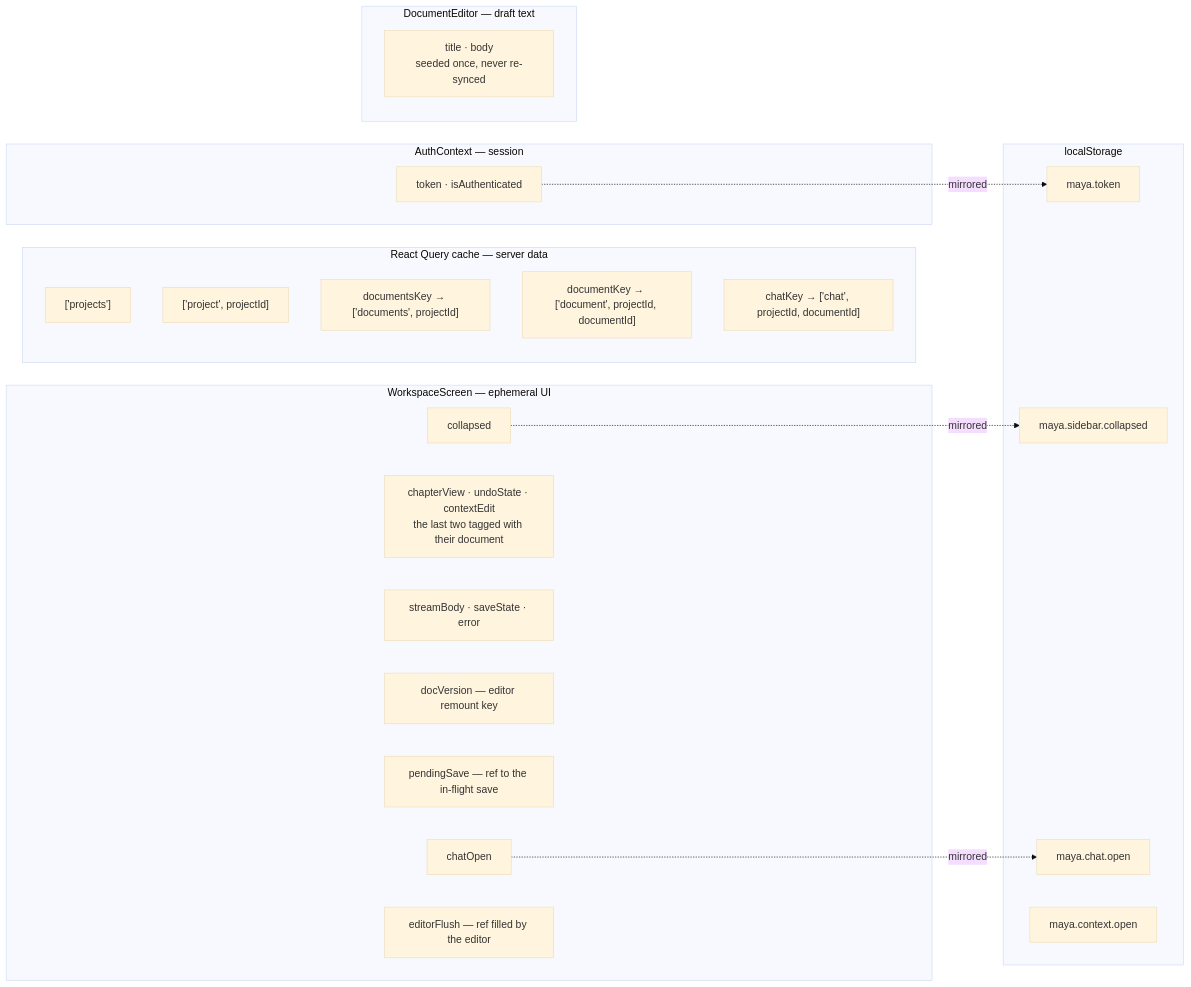
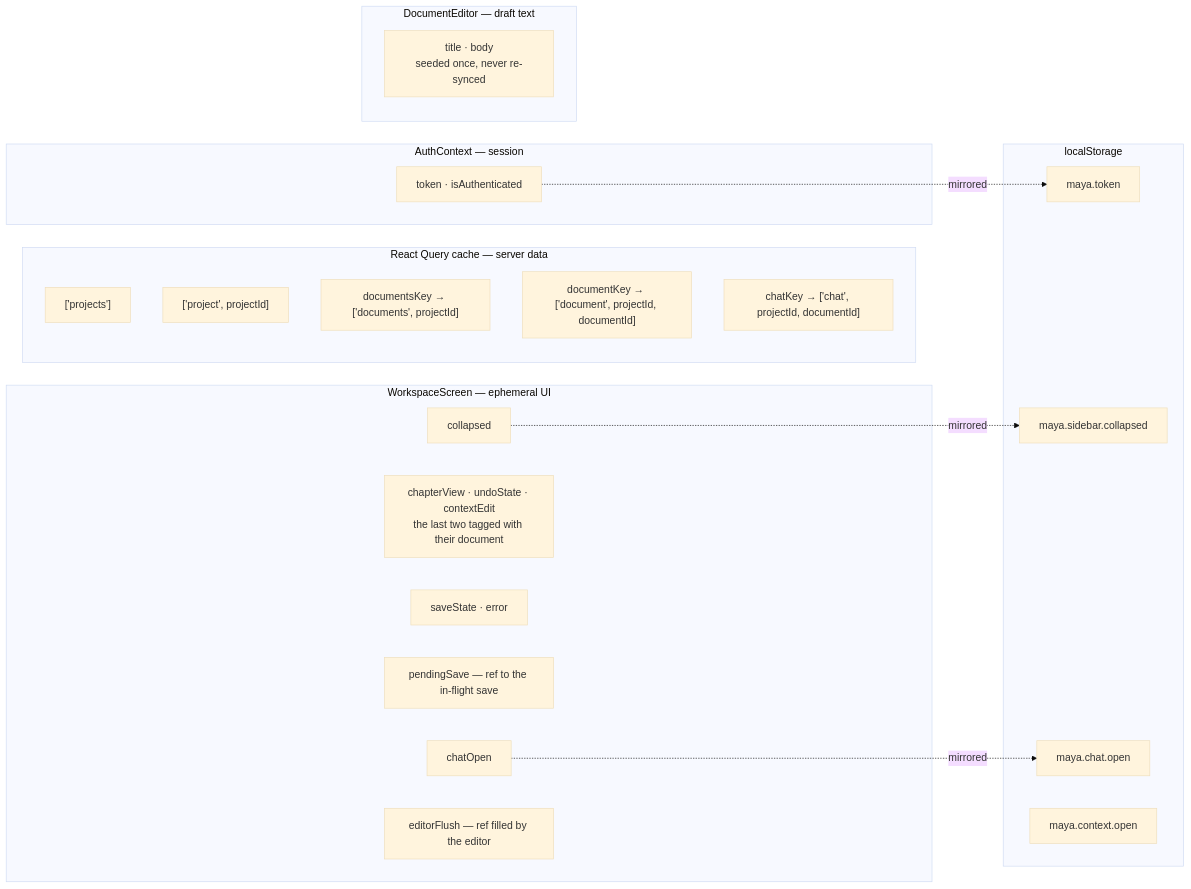
The third of 3 diagrams in docs/diagrams/04-frontend-architecture.md (Akazz-L/maya), drawn with Mermaid (base theme) before and after one commit. The commit also changed other lines of this file and 60 other files, not shown here.

````diff
--- a/docs/diagrams/04-frontend-architecture.md
+++ b/docs/diagrams/04-frontend-architecture.md
@@ -121,39 +123,38 @@
 ```mermaid
 graph LR
     subgraph rq["React Query cache — server data"]
         K1["['projects']"]
         K2["['project', projectId]"]
         K3["documentsKey → ['documents', projectId]"]
         K4["documentKey → ['document', projectId, documentId]"]
         K5["chatKey → ['chat', projectId, documentId]"]
     end
 
     subgraph ctx["AuthContext — session"]
         T["token · isAuthenticated"]
     end
 
     subgraph local["WorkspaceScreen — ephemeral UI"]
         L1["collapsed"]
         L2["chapterView · undoState · contextEdit<br/>the last two tagged with their document"]
-        L3["streamBody · saveState · error"]
-        L4["docVersion — editor remount key"]
+        L3["saveState · error"]
         L5["pendingSave — ref to the in-flight save"]
         L6["chatOpen"]
         L7["editorFlush — ref filled by the editor"]
     end
 
     subgraph ed["DocumentEditor — draft text"]
         E1["title · body<br/>seeded once, never re-synced"]
     end
 
     subgraph ls["localStorage"]
         S1["maya.token"]
         S2["maya.sidebar.collapsed"]
         S4["maya.chat.open"]
         S5["maya.context.open"]
     end
 
     T -.->|mirrored| S1
     L1 -.->|mirrored| S2
     L6 -.->|mirrored| S4
 ```
````
